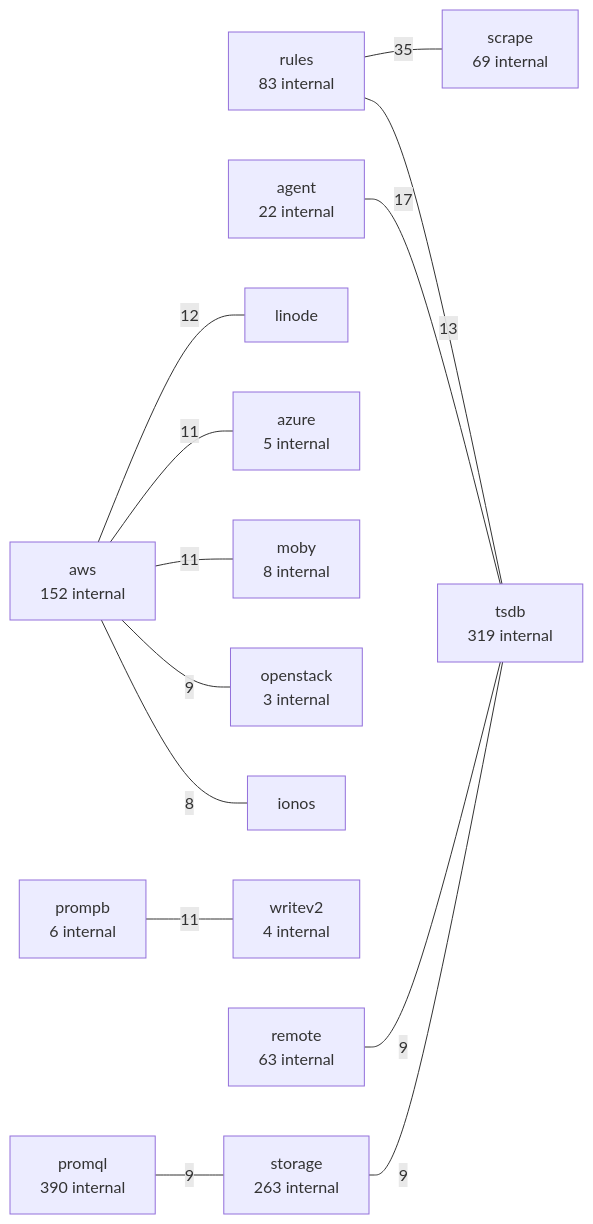
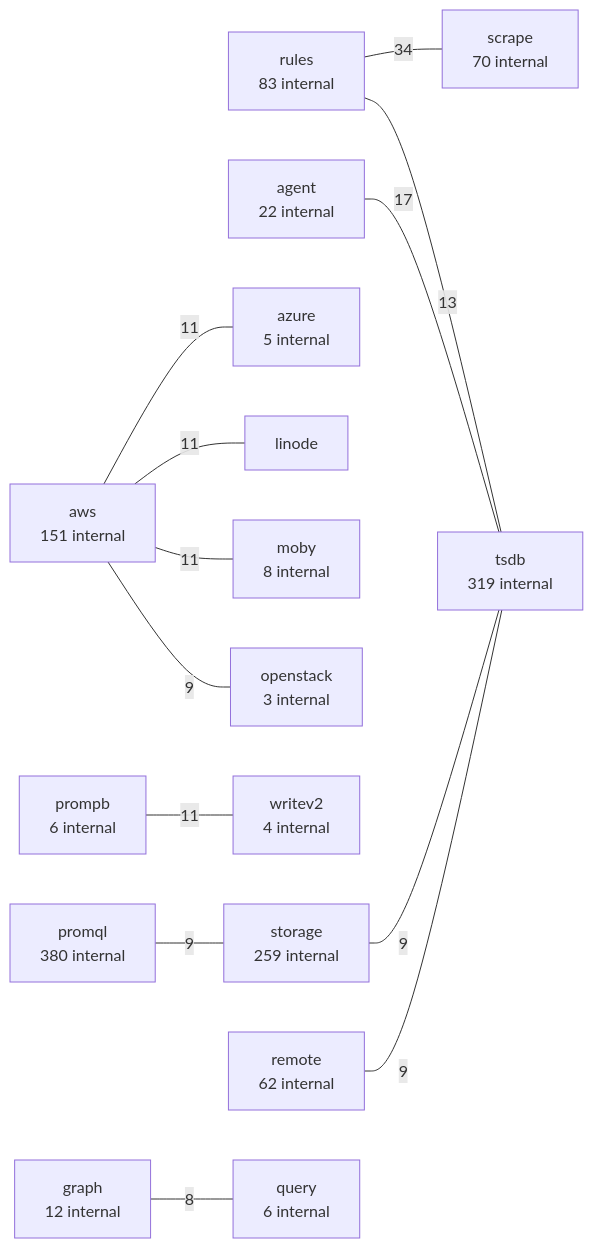
Before and after one commit to LukasSelin/doppel: the third of 4 diagrams in examples/prometheus.md, drawn with Mermaid. The commit also changed other lines of this file and 7 other files, not shown here.

````diff
--- a/examples/prometheus.md
+++ b/examples/prometheus.md
@@ -576,30 +576,31 @@
 ```mermaid
 flowchart LR
     p0["rules<br/>83 internal"]
-    p1["scrape<br/>69 internal"]
-    p0 ---|"35"| p1
+    p1["scrape<br/>70 internal"]
+    p0 ---|"34"| p1
     p2["agent<br/>22 internal"]
     p3["tsdb<br/>319 internal"]
     p2 ---|"17"| p3
     p0 ---|"13"| p3
-    p4["aws<br/>152 internal"]
-    p5["linode"]
-    p4 ---|"12"| p5
-    p6["azure<br/>5 internal"]
+    p4["aws<br/>151 internal"]
+    p5["azure<br/>5 internal"]
+    p4 ---|"11"| p5
+    p6["linode"]
     p4 ---|"11"| p6
     p7["moby<br/>8 internal"]
     p4 ---|"11"| p7
     p8["prompb<br/>6 internal"]
     p9["writev2<br/>4 internal"]
     p8 ---|"11"| p9
     p10["openstack<br/>3 internal"]
     p4 ---|"9"| p10
-    p11["promql<br/>390 internal"]
-    p12["storage<br/>263 internal"]
+    p11["promql<br/>380 internal"]
+    p12["storage<br/>259 internal"]
     p11 ---|"9"| p12
-    p13["remote<br/>63 internal"]
+    p13["remote<br/>62 internal"]
     p13 ---|"9"| p3
     p12 ---|"9"| p3
-    p14["ionos"]
-    p4 ---|"8"| p14
+    p14["graph<br/>12 internal"]
+    p15["query<br/>6 internal"]
+    p14 ---|"8"| p15
 ```
````
